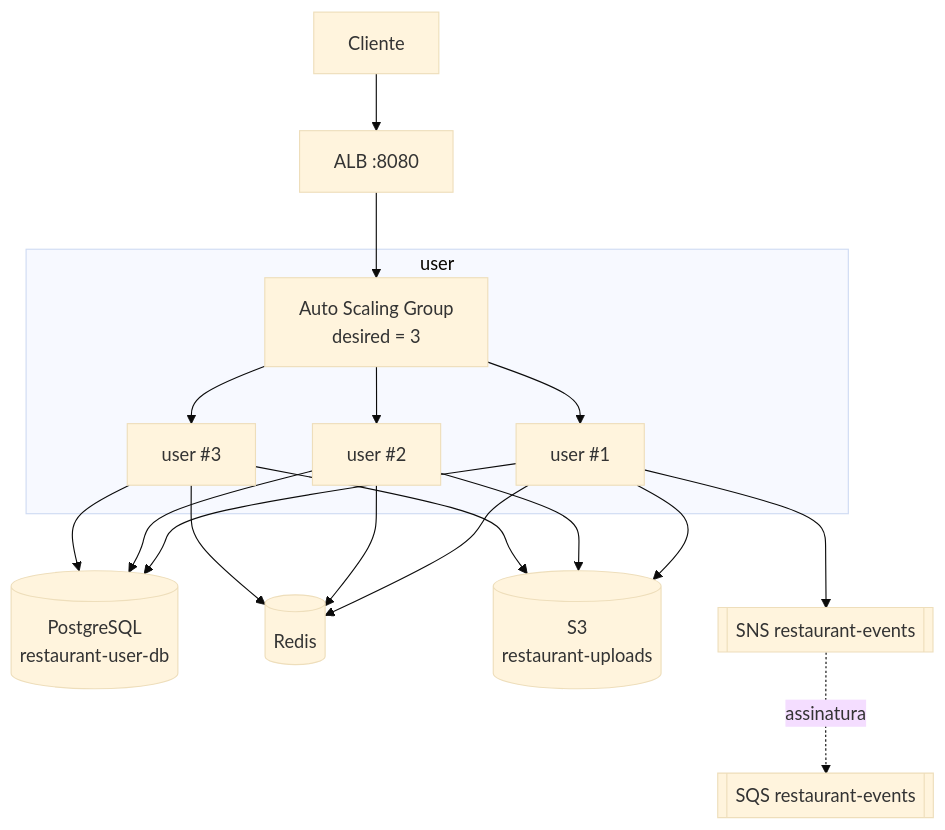
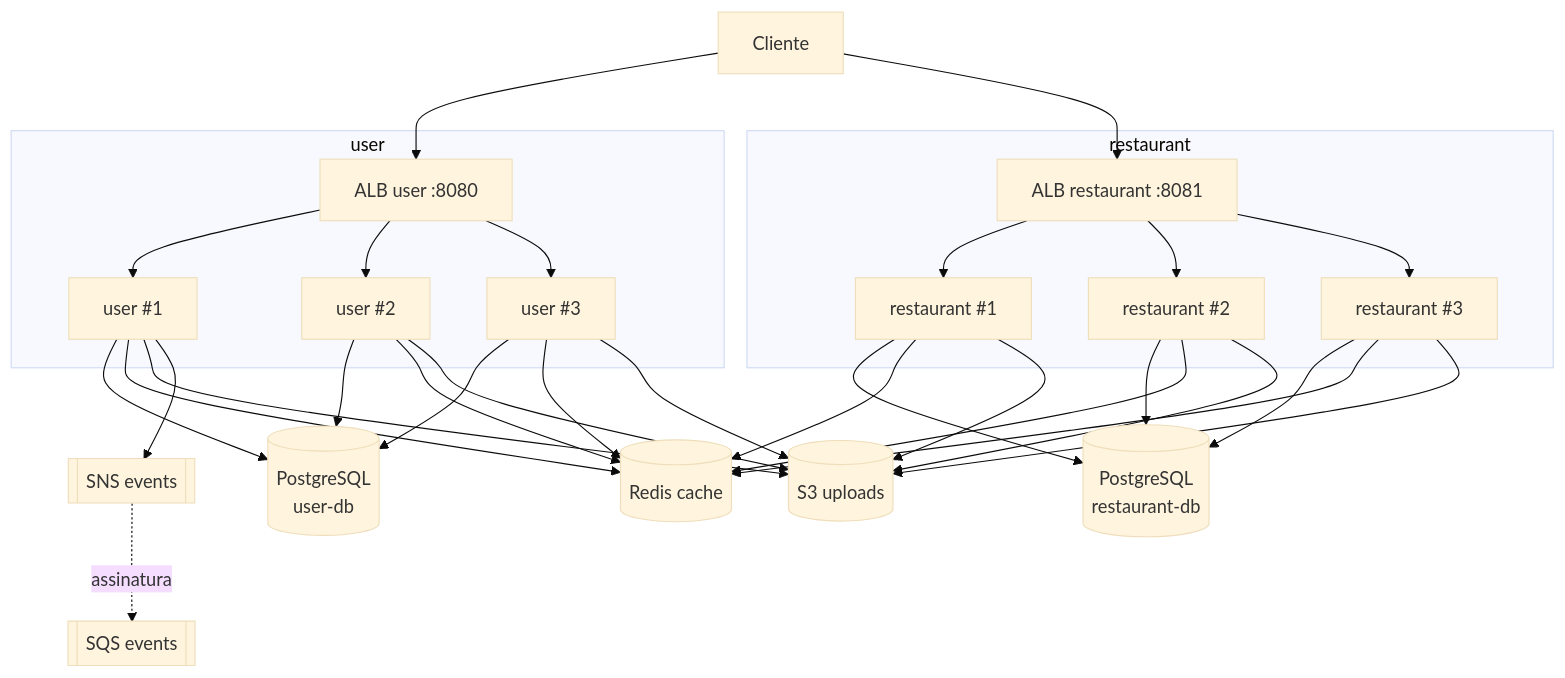
Before and after one commit to jgouvea7/restaurant-system: the diagram in README.md, drawn with Mermaid (base theme). The commit also changed other lines of this file and 68 other files, not shown here.

Commit message:
feat: Owner, Restaurant: Service and Controller.

````diff
--- a/README.md
+++ b/README.md
@@ -43,26 +43,46 @@
 ```mermaid
 flowchart TB
-    Client[Cliente] --> ALB[ALB :8080]
-    ALB --> ASG[Auto Scaling Group<br/>desired = 3]
+    Client[Cliente]
+
+    Client --> UserALB[ALB user :8080]
+    Client --> RestaurantALB[ALB restaurant :8081]
 
     subgraph UserService[user]
-        ASG --> U1[user #1]
-        ASG --> U2[user #2]
-        ASG --> U3[user #3]
+        UserALB --> U1[user #1]
+        UserALB --> U2[user #2]
+        UserALB --> U3[user #3]
     end
 
-    U1 --> DB[(PostgreSQL<br/>restaurant-user-db)]
-    U2 --> DB
-    U3 --> DB
+    subgraph RestaurantService[restaurant]
+        RestaurantALB --> R1[restaurant #1]
+        RestaurantALB --> R2[restaurant #2]
+        RestaurantALB --> R3[restaurant #3]
+    end
 
-    U1 --> Redis[(Redis)]
+    U1 --> UserDB[(PostgreSQL<br/>user-db)]
+    U2 --> UserDB
+    U3 --> UserDB
+
+    R1 --> RestaurantDB[(PostgreSQL<br/>restaurant-db)]
+    R2 --> RestaurantDB
+    R3 --> RestaurantDB
+
+    U1 --> Redis[(Redis cache)]
     U2 --> Redis
     U3 --> Redis
 
-    U1 --> S3[(S3<br/>restaurant-uploads)]
+    R1 --> Redis
+    R2 --> Redis
+    R3 --> Redis
+
+    U1 --> S3[(S3 uploads)]
     U2 --> S3
     U3 --> S3
 
-    U1 --> SNS[[SNS restaurant-events]]
-    SNS -. assinatura .-> SQS[[SQS restaurant-events]]
+    R1 --> S3
+    R2 --> S3
+    R3 --> S3
+
+    U1 --> SNS[[SNS events]]
+    SNS -. assinatura .-> SQS[[SQS events]]
 ```
````
